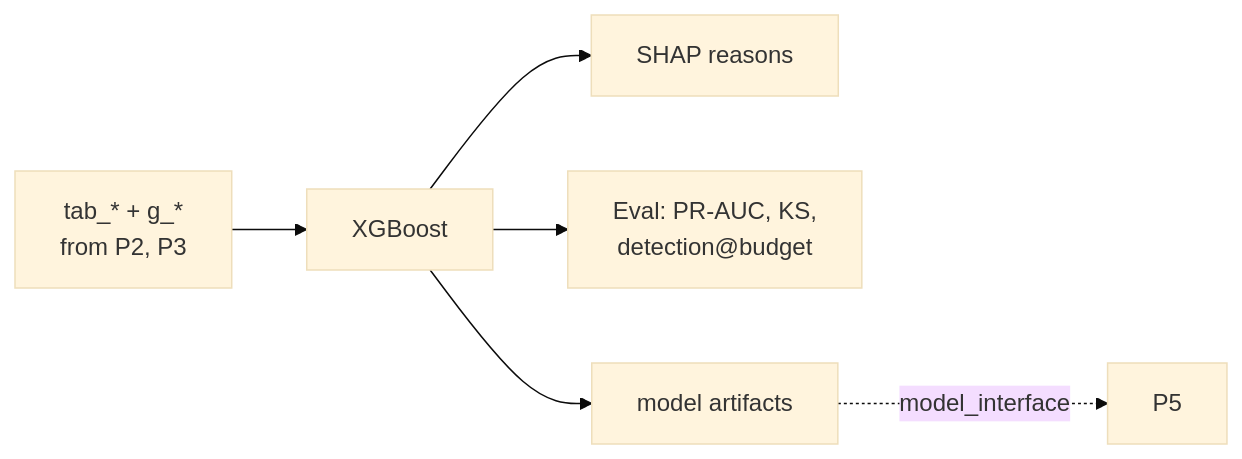
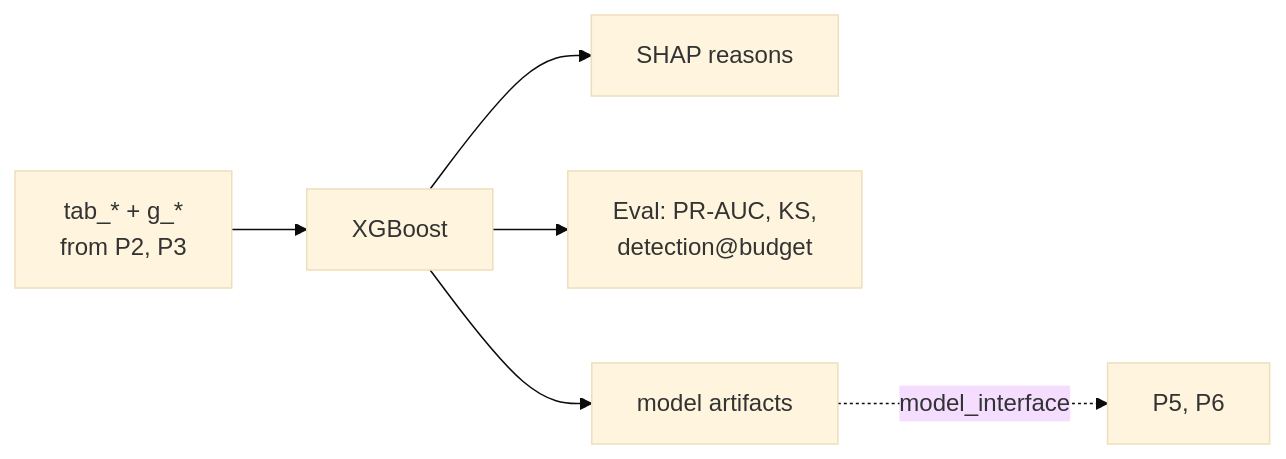
One commit to Break-Through-Tech/Banking-1B-online-payment-fraud-detection-using-high-dimensional-transaction-data changed the sixth of 9 diagrams in fraud-system/README.md. Above: the diagram before and after it, drawn with Mermaid (base theme). The commit also changed other lines of this file and 2 other files, not shown here.

````diff
--- a/fraud-system/README.md
+++ b/fraud-system/README.md
@@ -126,8 +131,8 @@
 ```mermaid
 flowchart LR
     F["tab_* + g_*<br/>from P2, P3"] --> X["XGBoost"]
     X --> SH["SHAP reasons"]
     X --> E["Eval: PR-AUC, KS,<br/>detection@budget"]
     X --> A["model artifacts"]
-    A -.->|"model_interface"| P5["P5"]
+    A -.->|"model_interface"| P5["P5, P6"]
 ```
````
